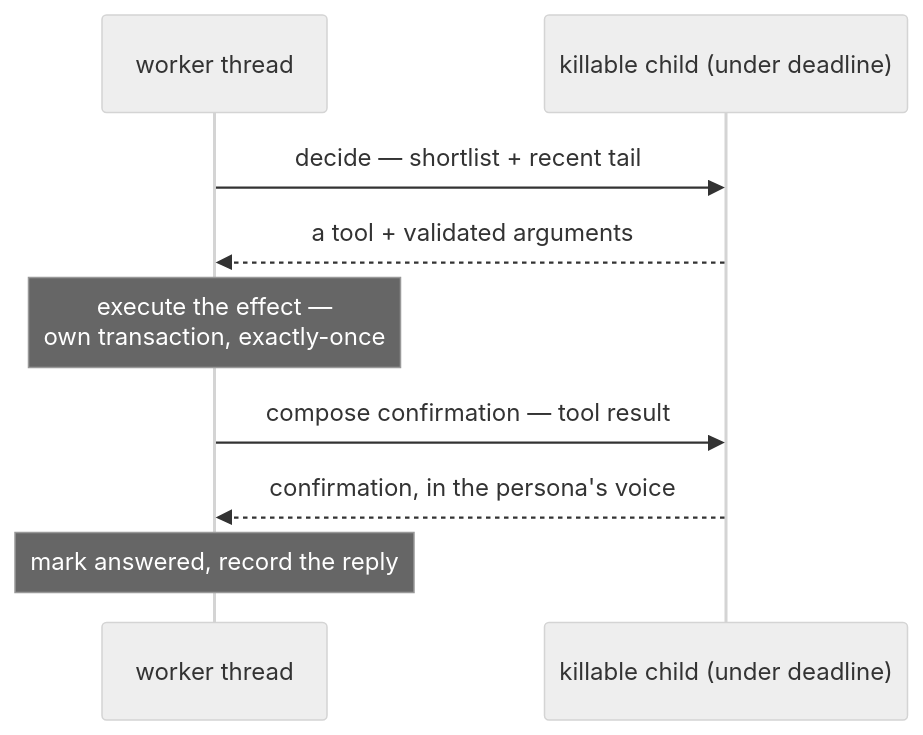
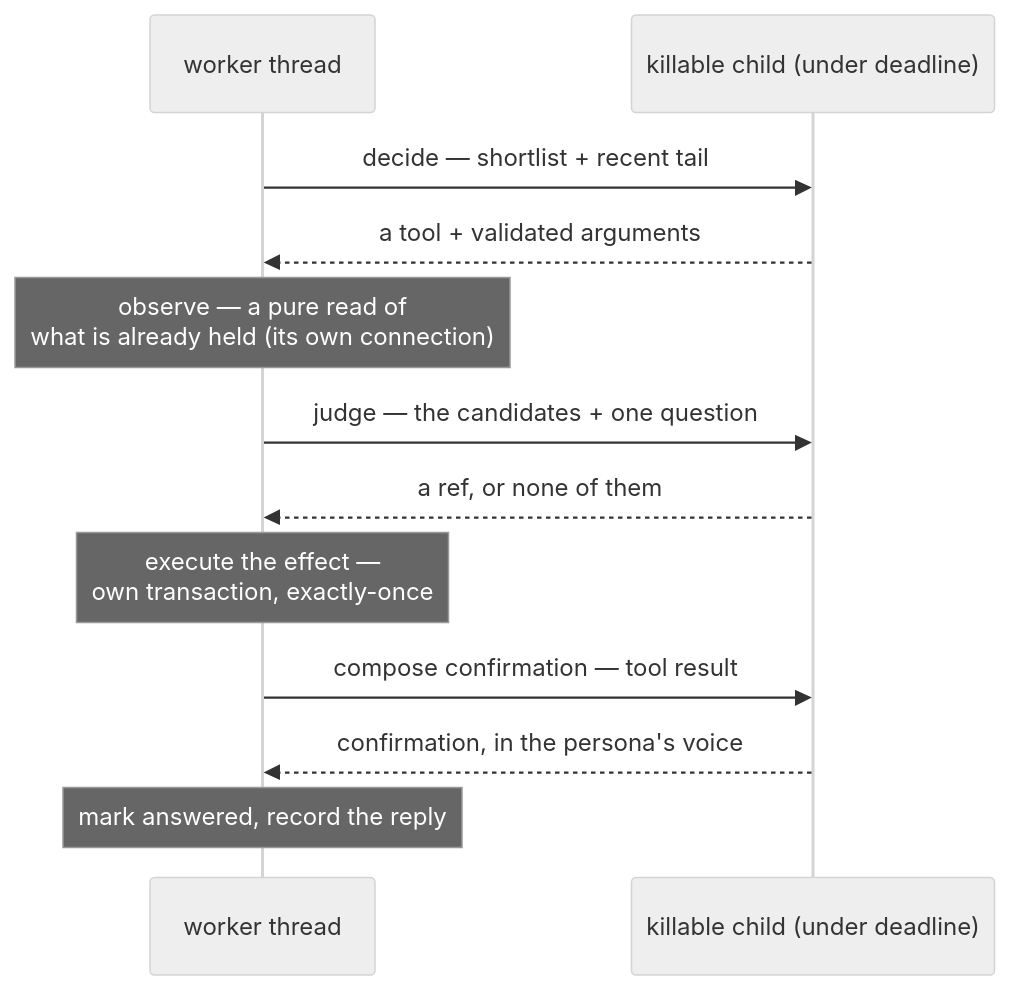
The third of 3 diagrams in doc/tool-calling.md (the-joy-com/kernel.os-joy.com), drawn with Mermaid (neutral theme) before and after one commit. The commit also changed other lines of this file and 43 other files, not shown here.

````diff
--- a/doc/tool-calling.md
+++ b/doc/tool-calling.md
@@ -60,11 +114,14 @@
 ```mermaid
 sequenceDiagram
     participant W as worker thread
     participant C as killable child (under deadline)
     W->>C: decide — shortlist + recent tail
     C-->>W: a tool + validated arguments
+    Note over W: observe — a pure read of<br/>what is already held (its own connection)
+    W->>C: judge — the candidates + one question
+    C-->>W: a ref, or none of them
     Note over W: execute the effect —<br/>own transaction, exactly-once
     W->>C: compose confirmation — tool result
     C-->>W: confirmation, in the persona's voice
     Note over W: mark answered, record the reply
 ```
````
